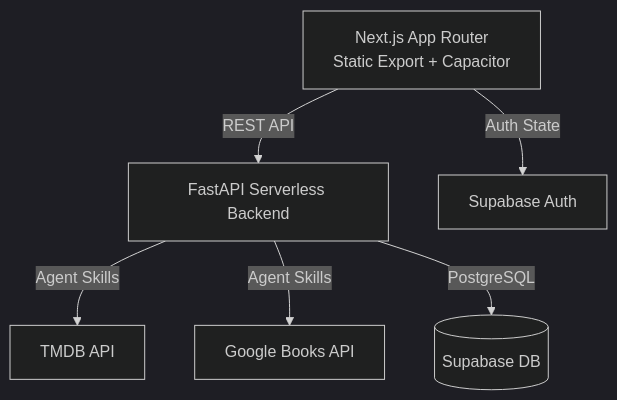
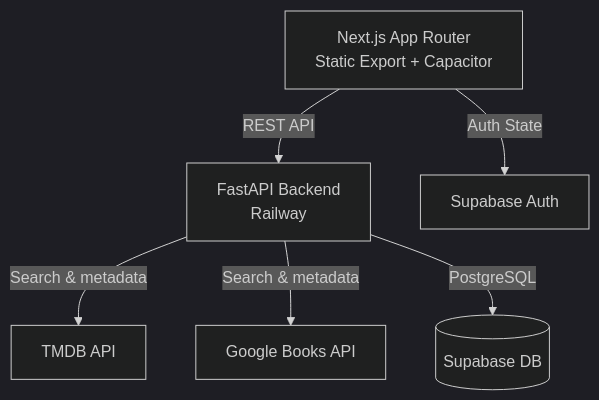
One commit to ziziandydy/storio_2 changed the diagram in README.md. Above: the diagram before and after it, drawn with Mermaid (dark theme). The commit also changed other lines of this file and 5 other files, not shown here.

````diff
--- a/README.md
+++ b/README.md
@@ -29,8 +66,8 @@
 ```mermaid
 graph TD
-    Client[Next.js App Router<br/>Static Export + Capacitor] -->|REST API| API[FastAPI Serverless Backend]
-    API -->|Agent Skills| TMDB[TMDB API]
-    API -->|Agent Skills| GBooks[Google Books API]
+    Client[Next.js App Router<br/>Static Export + Capacitor] -->|REST API| API[FastAPI Backend<br/>Railway]
+    API -->|Search & metadata| TMDB[TMDB API]
+    API -->|Search & metadata| GBooks[Google Books API]
     API -->|PostgreSQL| DB[(Supabase DB)]
     Client -->|Auth State| Auth[Supabase Auth]
 ```
````
